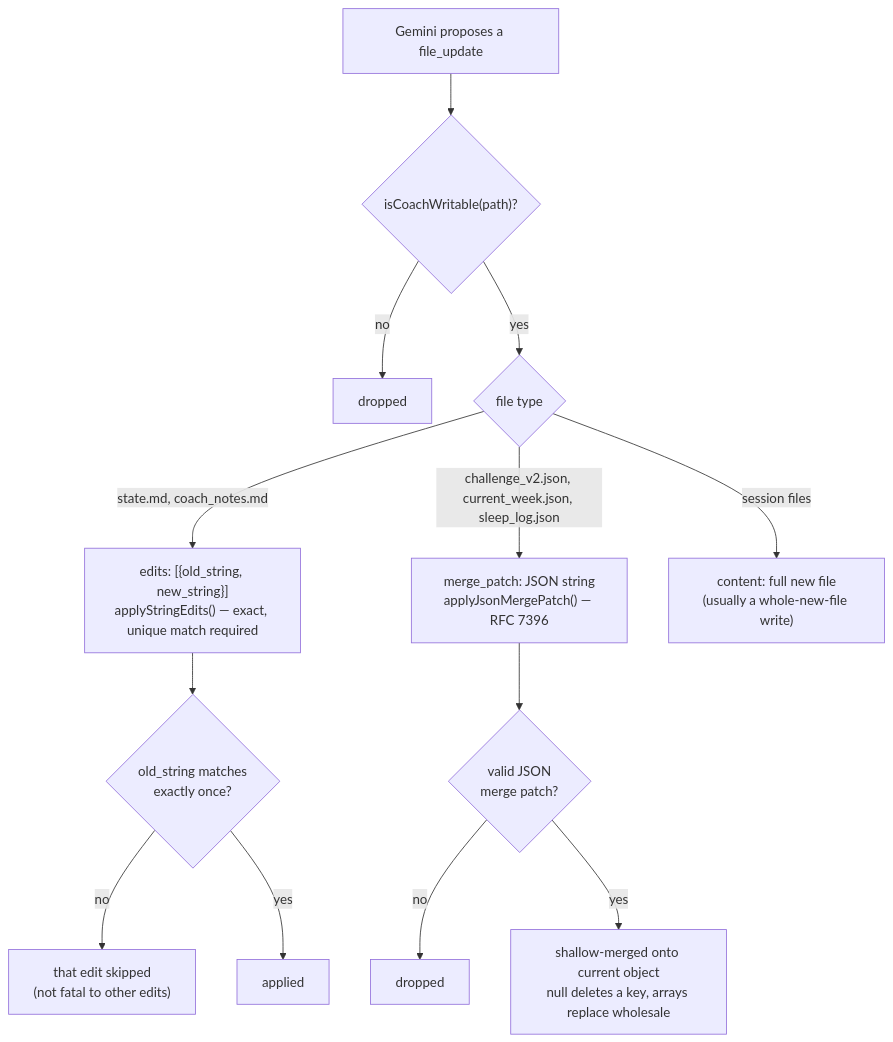
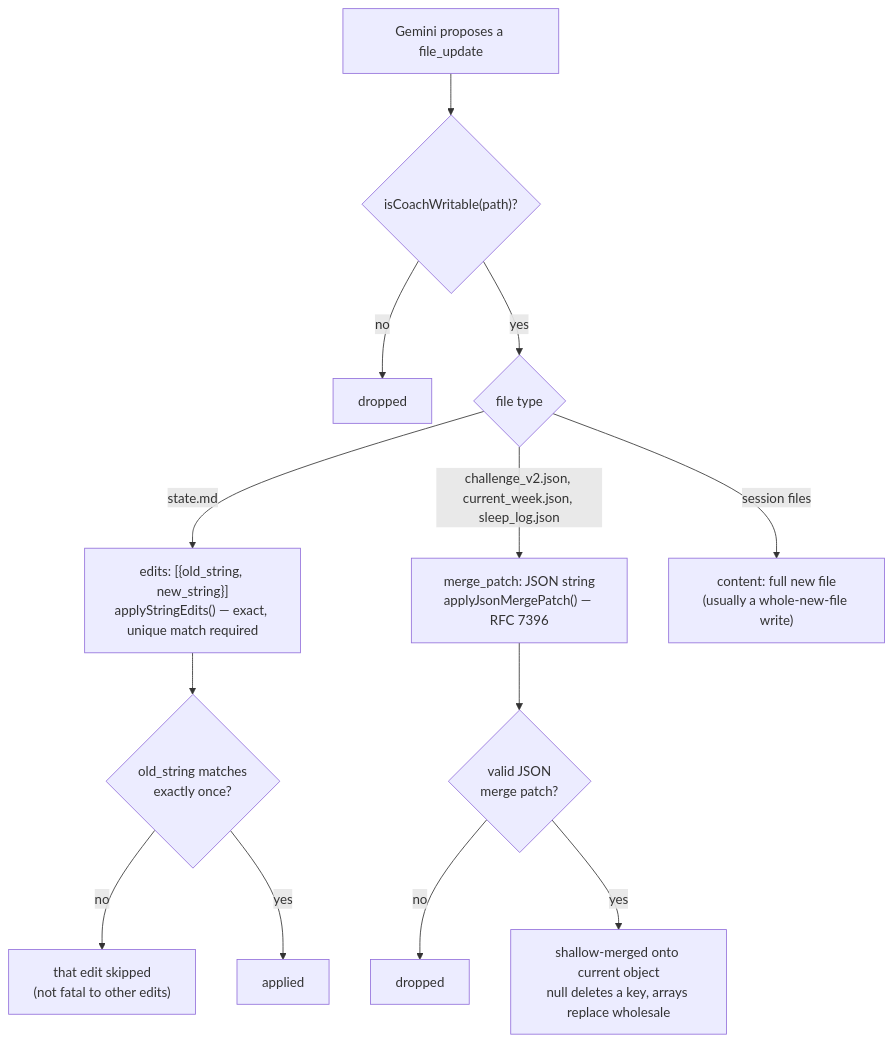
Before and after one commit to sibling-shipyard/coach-hq: the third of 4 diagrams in docs/eng-docs/coach-chat-flow.md, drawn with Mermaid. The commit also changed other lines of this file and 7 other files, not shown here.

````diff
--- a/docs/eng-docs/coach-chat-flow.md
+++ b/docs/eng-docs/coach-chat-flow.md
@@ -221,15 +245,15 @@
 ```mermaid
 flowchart TD
     update["Gemini proposes a file_update"] --> writable{"isCoachWritable(path)?"}
     writable -- no --> drop1["dropped"]
     writable -- yes --> kind{"file type"}
-    kind -- "state.md, coach_notes.md" --> edits["edits: [{old_string, new_string}]\napplyStringEdits() — exact, unique match required"]
+    kind -- "state.md" --> edits["edits: [{old_string, new_string}]\napplyStringEdits() — exact, unique match required"]
     kind -- "challenge_v2.json, current_week.json, sleep_log.json" --> patch["merge_patch: JSON string\napplyJsonMergePatch() — RFC 7396"]
     kind -- "session files" --> content["content: full new file\n(usually a whole-new-file write)"]
     edits --> matched{"old_string matches\nexactly once?"}
     matched -- no --> drop2["that edit skipped\n(not fatal to other edits)"]
     matched -- yes --> applied["applied"]
     patch --> validJson{"valid JSON\nmerge patch?"}
     validJson -- no --> drop3["dropped"]
     validJson -- yes --> merged["shallow-merged onto current object\nnull deletes a key, arrays replace wholesale"]
 ```
````
